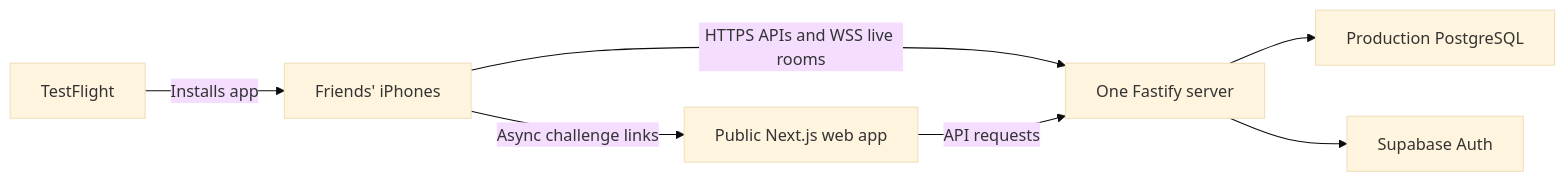
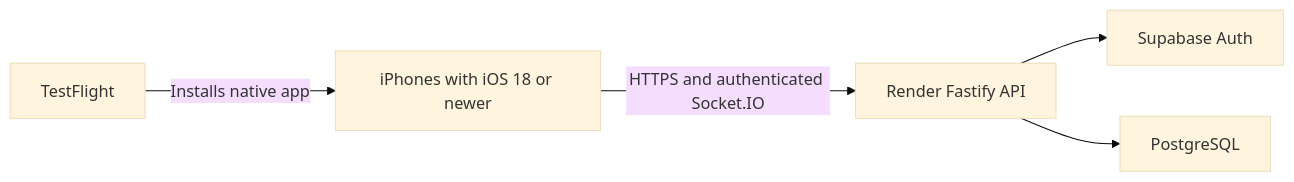
One commit to erictang2006/BrainBattle changed the diagram in TESTFLIGHT.md. Above: the diagram before and after it, drawn with Mermaid (base theme). The commit also changed other lines of this file and 23 other files, not shown here.

````diff
--- a/TESTFLIGHT.md
+++ b/TESTFLIGHT.md
@@ -37,9 +16,7 @@
 ```mermaid
 flowchart LR
-    TF[TestFlight] -->|Installs app| Phone[Friends' iPhones]
-    Phone -->|HTTPS APIs and WSS live rooms| API[One Fastify server]
-    API --> DB[Production PostgreSQL]
+    TF[TestFlight] -->|Installs native app| Phone[iPhones with iOS 18 or newer]
+    Phone -->|HTTPS and authenticated Socket.IO| API[Render Fastify API]
     API --> Auth[Supabase Auth]
-    Phone -->|Async challenge links| Web[Public Next.js web app]
-    Web -->|API requests| API
+    API --> DB[PostgreSQL]
 ```
````
